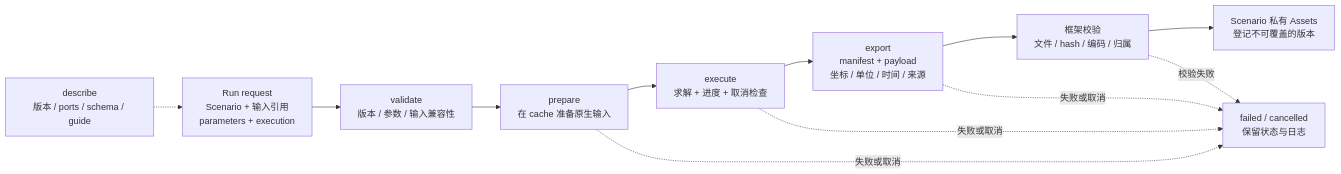
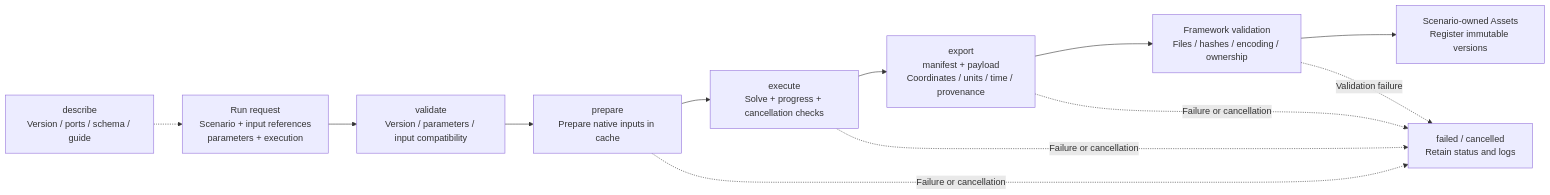
One commit to CANOPY-WORLD/canopy changed the third of 4 diagrams in README.md. Above: the diagram before and after it, drawn with Mermaid. The commit also changed other lines of this file and 22 other files, not shown here.

````diff
--- a/README.md
+++ b/README.md
@@ -73,18 +73,18 @@
 ```mermaid
 flowchart LR
-    D["describe<br/>版本 / ports / schema / guide"]
-    Q["Run request<br/>Scenario + 输入引用<br/>parameters + execution"]
-    C["validate<br/>版本 / 参数 / 输入兼容性"]
-    P["prepare<br/>在 cache 准备原生输入"]
-    X["execute<br/>求解 + 进度 + 取消检查"]
-    E["export<br/>manifest + payload<br/>坐标 / 单位 / 时间 / 来源"]
-    K["框架校验<br/>文件 / hash / 编码 / 归属"]
-    A["Scenario 私有 Assets<br/>登记不可覆盖的版本"]
-    F["failed / cancelled<br/>保留状态与日志"]
+    D["describe<br/>Version / ports / schema / guide"]
+    Q["Run request<br/>Scenario + input references<br/>parameters + execution"]
+    C["validate<br/>Version / parameters / input compatibility"]
+    P["prepare<br/>Prepare native inputs in cache"]
+    X["execute<br/>Solve + progress + cancellation checks"]
+    E["export<br/>manifest + payload<br/>Coordinates / units / time / provenance"]
+    K["Framework validation<br/>Files / hashes / encoding / ownership"]
+    A["Scenario-owned Assets<br/>Register immutable versions"]
+    F["failed / cancelled<br/>Retain status and logs"]
     D -.-> Q
     Q --> C --> P --> X --> E --> K --> A
-    P -.->|失败或取消| F
-    X -.->|失败或取消| F
-    E -.->|失败或取消| F
-    K -.->|校验失败| F
+    P -.->|Failure or cancellation| F
+    X -.->|Failure or cancellation| F
+    E -.->|Failure or cancellation| F
+    K -.->|Validation failure| F
 ```
````
